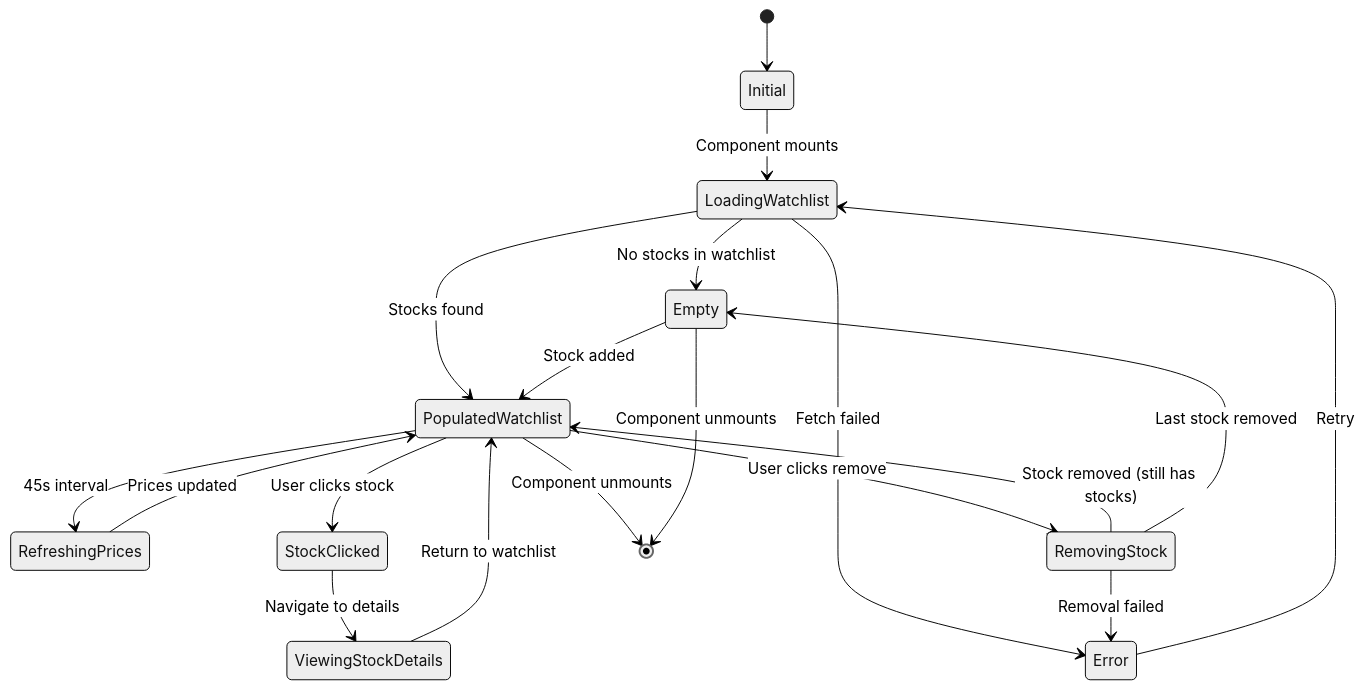
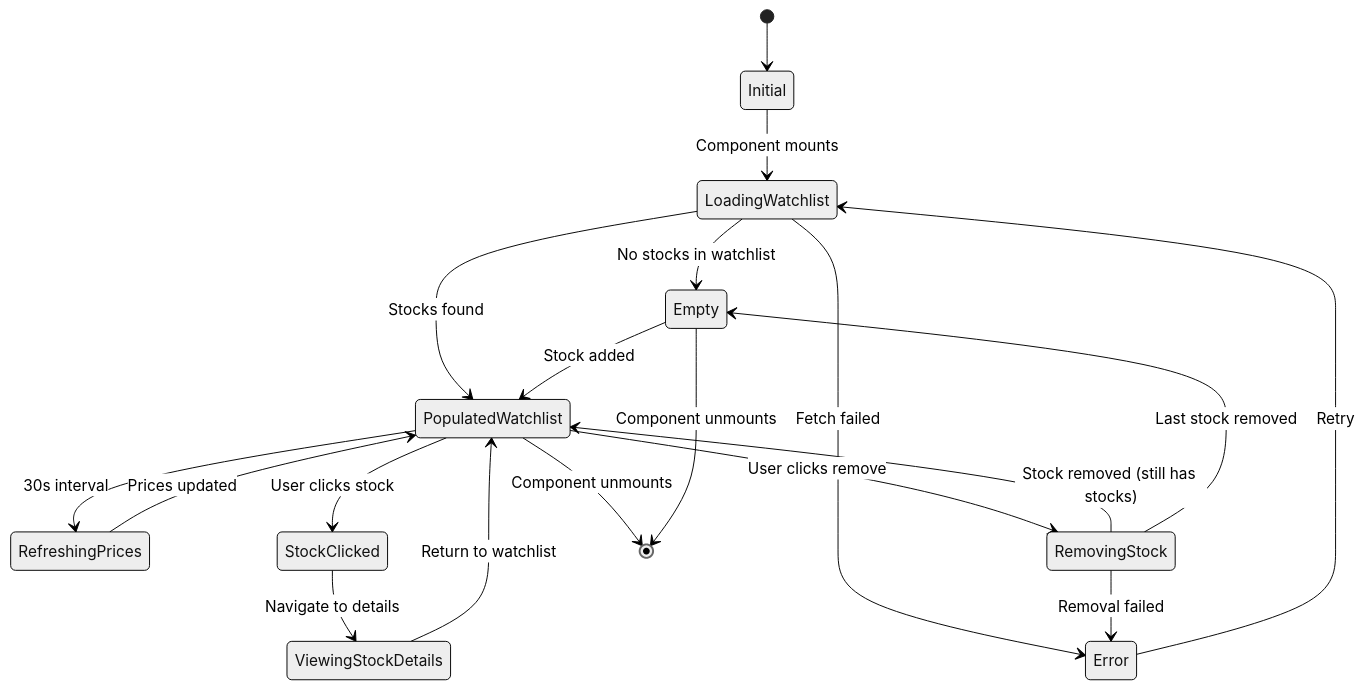
The fourth of 5 diagrams in docs/state-diagrams.md (shubhamsp012/wallet-stock-quest), drawn with Mermaid (neutral theme) before and after one commit. The commit also changed other lines of this file and 5 other files, not shown here.

Commit message:
Add UML diagrams

````diff
--- a/docs/state-diagrams.md
+++ b/docs/state-diagrams.md
@@ -128,29 +128,29 @@
 ```mermaid
 stateDiagram-v2
     [*] --> Initial
     
     Initial --> LoadingWatchlist: Component mounts
     LoadingWatchlist --> Empty: No stocks in watchlist
     LoadingWatchlist --> PopulatedWatchlist: Stocks found
     LoadingWatchlist --> Error: Fetch failed
     
     Empty --> PopulatedWatchlist: Stock added
     
-    PopulatedWatchlist --> RefreshingPrices: 45s interval
+    PopulatedWatchlist --> RefreshingPrices: 30s interval
     RefreshingPrices --> PopulatedWatchlist: Prices updated
     
     PopulatedWatchlist --> StockClicked: User clicks stock
     StockClicked --> ViewingStockDetails: Navigate to details
     
     PopulatedWatchlist --> RemovingStock: User clicks remove
     RemovingStock --> PopulatedWatchlist: Stock removed (still has stocks)
     RemovingStock --> Empty: Last stock removed
     RemovingStock --> Error: Removal failed
     
     ViewingStockDetails --> PopulatedWatchlist: Return to watchlist
     
     Error --> LoadingWatchlist: Retry
     
     PopulatedWatchlist --> [*]: Component unmounts
     Empty --> [*]: Component unmounts
 ```
````
